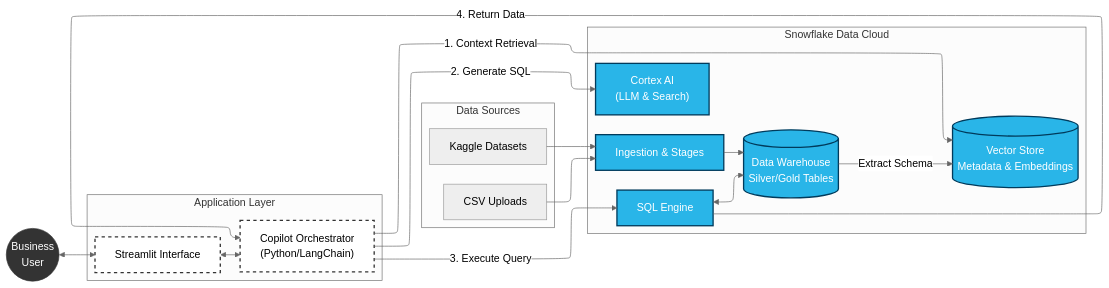
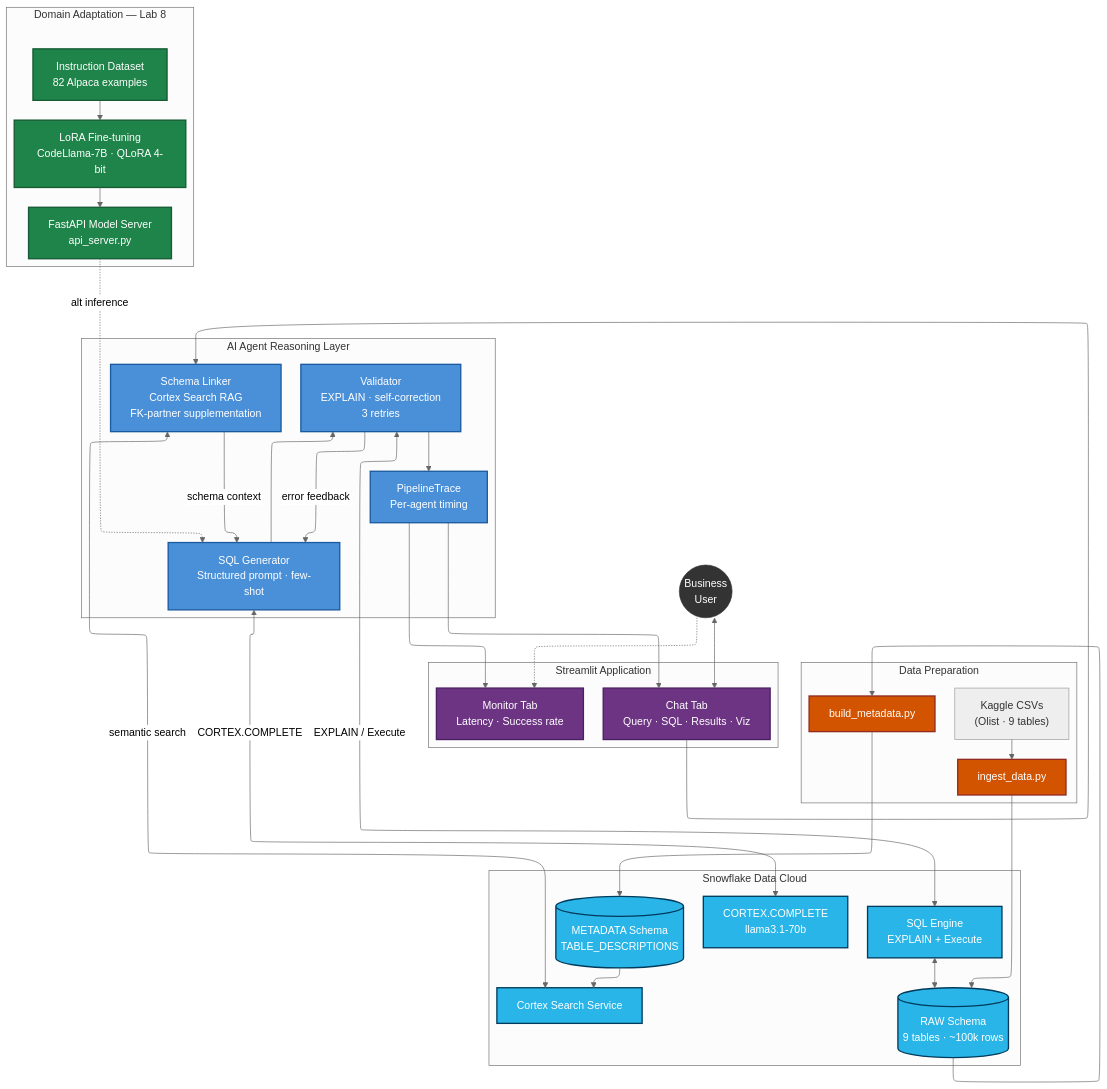
One commit to ben-blake/analytics-copilot changed the diagram in docs/architecture.mmd. Above: the diagram before and after it, drawn with Mermaid (neutral theme). The commit also changed 3 other files, not shown here.

Commit message:
feat: update architecture diagram and add report files

```diff
--- a/docs/architecture.mmd
+++ b/docs/architecture.mmd
@@ -1,47 +1,90 @@
 ---
 config:
   layout: elk
 ---
-flowchart LR
- subgraph Sources["Data Sources"]
-        S1["Kaggle Datasets"]
-        S2["CSV Uploads"]
+flowchart TB
+  User(("Business<br/>User"))
+
+  subgraph DataPrep["Data Preparation"]
+    direction LR
+    Kaggle["Kaggle CSVs<br/>(Olist · 9 tables)"]
+    Ingest["ingest_data.py"]
+    BuildMeta["build_metadata.py"]
   end
- subgraph Platform["Snowflake Data Cloud"]
+
+  subgraph Snowflake["Snowflake Data Cloud"]
     direction TB
-        Ingest["Ingestion & Stages"]
-        Storage[("Data Warehouse<br>Silver/Gold Tables")]
-        Vector[("Vector Store<br>Metadata &amp; Embeddings")]
-        Compute["SQL Engine"]
-        Cortex["Cortex AI<br>(LLM &amp; Search)"]
+    RAW[("RAW Schema<br/>9 tables · ~100k rows")]
+    Meta[("METADATA Schema<br/>TABLE_DESCRIPTIONS")]
+    CortexSearch["Cortex Search Service"]
+    CortexLLM["CORTEX.COMPLETE<br/>llama3.1-70b"]
+    SQLExec["SQL Engine<br/>EXPLAIN + Execute"]
   end
- subgraph AppLayer["Application Layer"]
-        API["Copilot Orchestrator<br>(Python/LangChain)"]
-        UI["Streamlit Interface"]
+
+  subgraph DomainAdapt["Domain Adaptation — Lab 8"]
+    direction LR
+    Dataset["Instruction Dataset<br/>82 Alpaca examples"]
+    LoRA["LoRA Fine-tuning<br/>CodeLlama-7B · QLoRA 4-bit"]
+    APIServer["FastAPI Model Server<br/>api_server.py"]
   end
-    S1 --> Ingest
-    S2 --> Ingest
-    Ingest --> Storage
-    Storage -- Extract Schema --> Vector
-    User(("Business<br>User")) <--> UI
-    UI <--> API
-    API -- "1. Context Retrieval" --> Vector
-    API -- "2. Generate SQL" --> Cortex
-    API -- "3. Execute Query" --> Compute
-    Compute -- "4. Return Data" --> API
-    Compute <--> Storage
 
-     S1:::source
-     S2:::source
-     Ingest:::snow
-     Storage:::snow
-     Vector:::snow
-     Compute:::snow
-     Cortex:::snow
-     API:::app
-     UI:::app
-     User:::user
-    classDef snow fill:#29B5E8,stroke:#003B5C,color:white,stroke-width:2px
-    classDef app fill:#ffffff,stroke:#333,stroke-width:2px,stroke-dasharray: 5 5
-    classDef user fill:#333,stroke:#333,color:white
-    classDef source fill:#eee,stroke:#999
+  subgraph Agents["AI Agent Reasoning Layer"]
+    direction TB
+    SL["Schema Linker<br/>Cortex Search RAG<br/>FK-partner supplementation"]
+    SG["SQL Generator<br/>Structured prompt · few-shot"]
+    V["Validator<br/>EXPLAIN · self-correction<br/>3 retries"]
+    Trace["PipelineTrace<br/>Per-agent timing"]
+  end
+
+  subgraph App["Streamlit Application"]
+    direction LR
+    Chat["Chat Tab<br/>Query · SQL · Results · Viz"]
+    Monitor["Monitor Tab<br/>Latency · Success rate"]
+  end
+
+  Kaggle --> Ingest --> RAW
+  RAW --> BuildMeta --> Meta --> CortexSearch
+
+  Dataset --> LoRA --> APIServer
+
+  User <--> Chat
+  User -.-> Monitor
+
+  Chat --> SL
+  SL <-- "semantic search" --> CortexSearch
+  SL -- "schema context" --> SG
+  SG <-- "CORTEX.COMPLETE" --> CortexLLM
+  APIServer -. "alt inference" .-> SG
+  SG --> V
+  V <-- "EXPLAIN / Execute" --> SQLExec
+  SQLExec <--> RAW
+  V -- "error feedback" --> SG
+  V --> Trace
+  Trace --> Chat & Monitor
+
+  Kaggle:::source
+  Ingest:::prep
+  BuildMeta:::prep
+  RAW:::snow
+  Meta:::snow
+  CortexSearch:::snow
+  CortexLLM:::snow
+  SQLExec:::snow
+  Dataset:::adapt
+  LoRA:::adapt
+  APIServer:::adapt
+  SL:::agent
+  SG:::agent
+  V:::agent
+  Trace:::agent
+  Chat:::ui
+  Monitor:::ui
+  User:::user
+
+  classDef snow fill:#29B5E8,stroke:#003B5C,color:white,stroke-width:2px
+  classDef agent fill:#4A90D9,stroke:#1a5a9e,color:white,stroke-width:2px
+  classDef ui fill:#6C3483,stroke:#4a2060,color:white,stroke-width:2px
+  classDef adapt fill:#1E8449,stroke:#145a32,color:white,stroke-width:2px
+  classDef prep fill:#D35400,stroke:#922b21,color:white,stroke-width:2px
+  classDef source fill:#eee,stroke:#999,color:#333
+  classDef user fill:#333,stroke:#333,color:white
```
